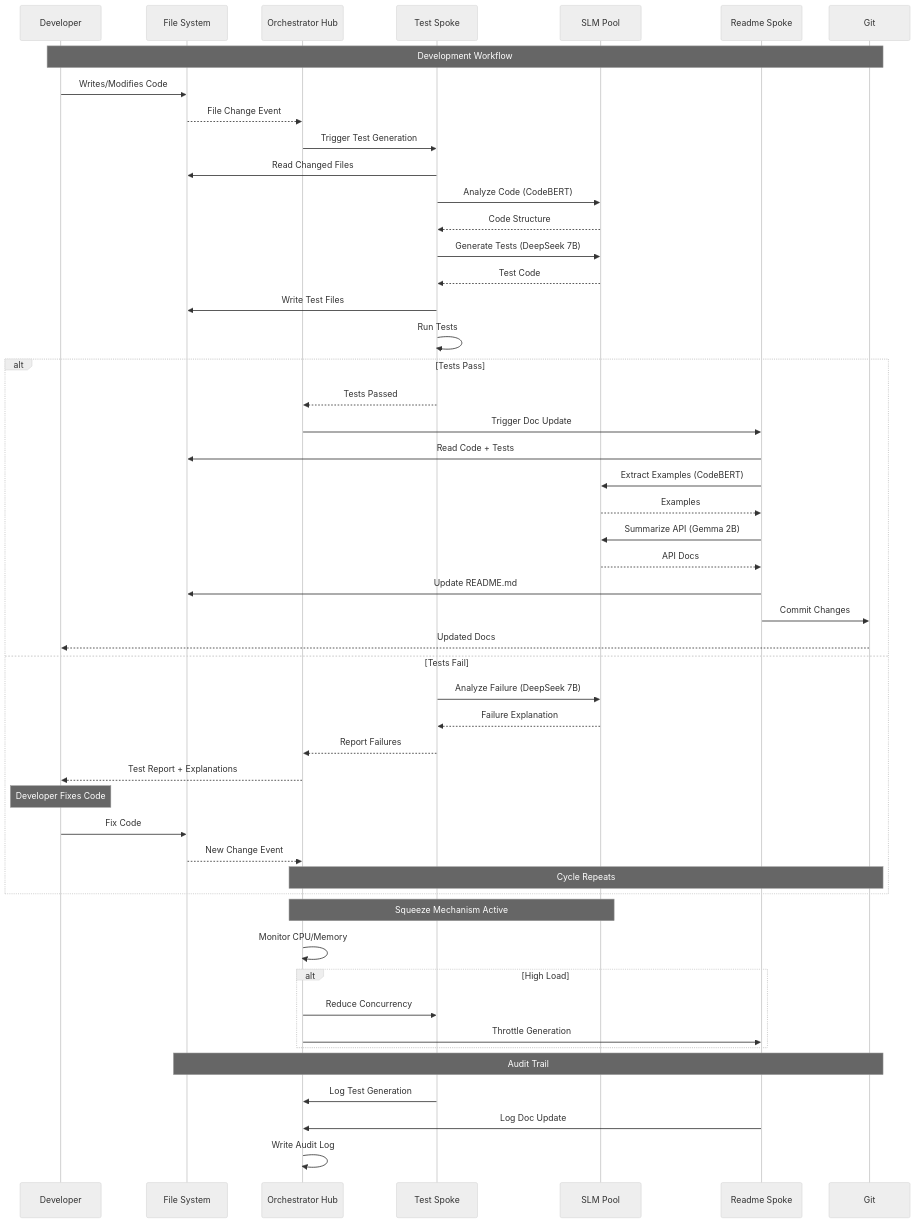
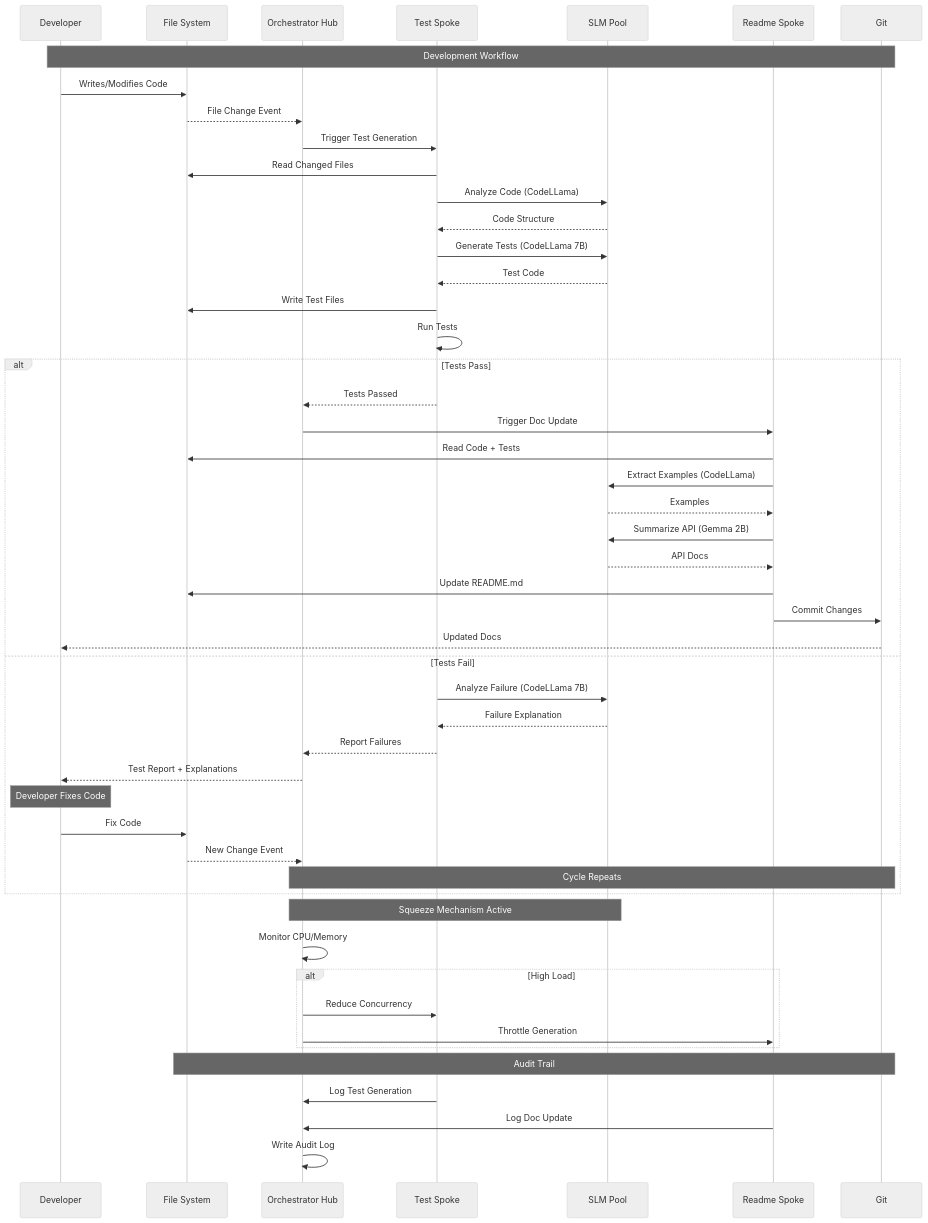
The diagram in docs/diagrams/sequence-flow.mmd (Drecoder/spoke-tool), drawn with Mermaid (neutral theme) before and after one commit.

Commit message:
Update sequence diagram with CodeLLama references

```diff
--- a/docs/diagrams/sequence-flow.mmd
+++ b/docs/diagrams/sequence-flow.mmd
@@ -1,64 +1,65 @@
 sequenceDiagram
     participant Dev as Developer
     participant FS as File System
     participant Hub as Orchestrator Hub
     participant Test as Test Spoke
     participant SLM as SLM Pool
     participant Readme as Readme Spoke
     participant Git as Git
     
     Note over Dev,Git: Development Workflow
     
     Dev->>FS: Writes/Modifies Code
     FS-->>Hub: File Change Event
     
     Hub->>Test: Trigger Test Generation
     Test->>FS: Read Changed Files
-    Test->>SLM: Analyze Code (CodeBERT)
+    Test->>SLM: Analyze Code (CodeLLama)
     SLM-->>Test: Code Structure
     
-    Test->>SLM: Generate Tests (DeepSeek 7B)
+    Test->>SLM: Generate Tests (CodeLLama 7B)
     SLM-->>Test: Test Code
     
     Test->>FS: Write Test Files
     Test->>Test: Run Tests
     
     alt Tests Pass
         Test-->>Hub: Tests Passed
         Hub->>Readme: Trigger Doc Update
         
         Readme->>FS: Read Code + Tests
-        Readme->>SLM: Extract Examples (CodeBERT)
+        Readme->>SLM: Extract Examples (CodeLLama)
         SLM-->>Readme: Examples
         
         Readme->>SLM: Summarize API (Gemma 2B)
         SLM-->>Readme: API Docs
         
         Readme->>FS: Update README.md
         Readme->>Git: Commit Changes
         Git-->>Dev: Updated Docs
         
     else Tests Fail
-        Test->>SLM: Analyze Failure (DeepSeek 7B)
+        Test->>SLM: Analyze Failure (CodeLLama 7B)
         SLM-->>Test: Failure Explanation
         
         Test-->>Hub: Report Failures
         Hub-->>Dev: Test Report + Explanations
         
         Note over Dev: Developer Fixes Code
         Dev->>FS: Fix Code
         FS-->>Hub: New Change Event
         Note over Hub,Git: Cycle Repeats
     end
     
     Note over Hub,SLM: Squeeze Mechanism Active
     Hub->>Hub: Monitor CPU/Memory
     alt High Load
         Hub->>Test: Reduce Concurrency
         Hub->>Readme: Throttle Generation
     end
     
     Note over FS,Git: Audit Trail
     Test->>Hub: Log Test Generation
     Readme->>Hub: Log Doc Update
+
     Hub->>Hub: Write Audit Log
```
